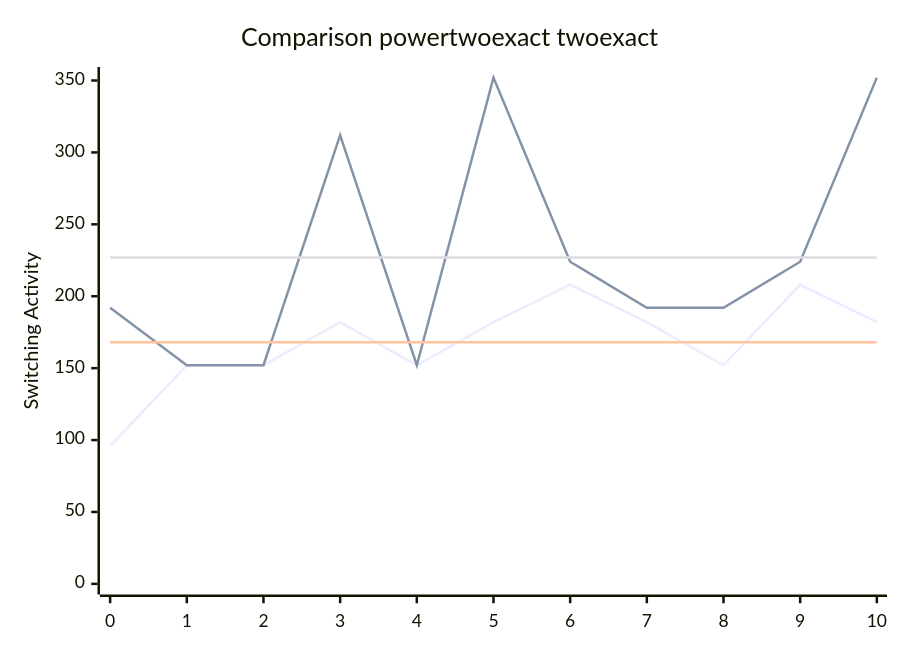
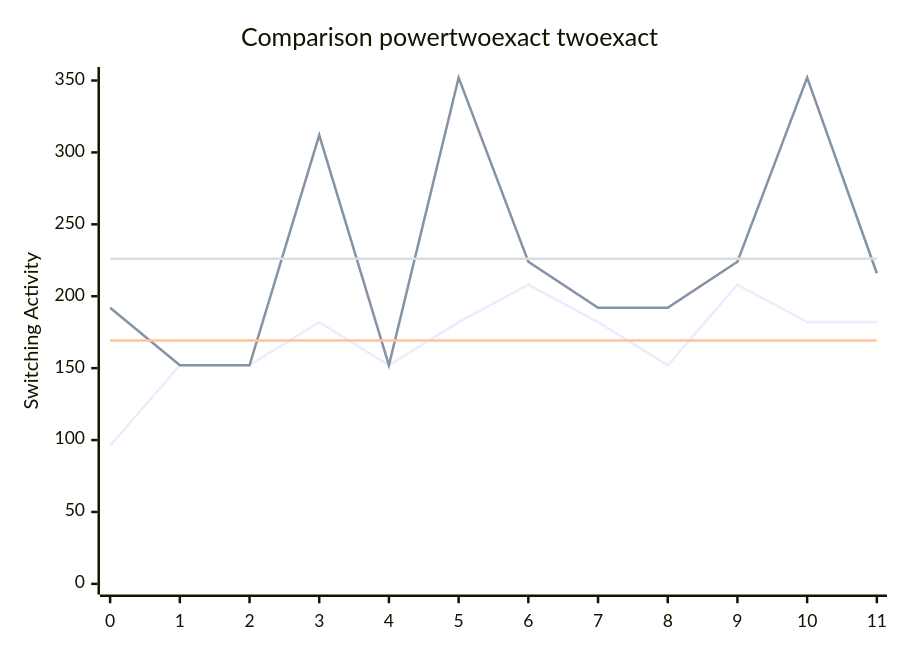
Before and after one commit to FeldmeierMichael/Exact-Power-Synthesis: the diagram in benchmark.md, drawn with Mermaid. The commit also changed other lines of this file and 2 other files, not shown here.

````diff
--- a/benchmark.md
+++ b/benchmark.md
@@ -24,10 +26,10 @@
 ```mermaid
 xychart-beta
     title "Comparison powertwoexact twoexact"
-    x-axis [0, 1, 2, 3, 4, 5, 6, 7, 8, 9, 10]
+    x-axis [0, 1, 2, 3, 4, 5, 6, 7, 8, 9, 10, 11]
     y-axis "Switching Activity" 0-->352
-    line [96, 152, 152, 182, 152, 182, 208, 182, 152, 208, 182]
-    line [192, 152, 152, 312, 152, 352, 224, 192, 192, 224, 352]
-    line [168.0, 168.0, 168.0, 168.0, 168.0, 168.0, 168.0, 168.0, 168.0, 168.0, 168.0]
-    line [226.9090909090909, 226.9090909090909, 226.9090909090909, 226.9090909090909, 226.9090909090909, 226.9090909090909, 226.9090909090909, 226.9090909090909, 226.9090909090909, 226.9090909090909, 226.9090909090909]
+    line [96, 152, 152, 182, 152, 182, 208, 182, 152, 208, 182, 182]
+    line [192, 152, 152, 312, 152, 352, 224, 192, 192, 224, 352, 216]
+    line [169.16666666666666, 169.16666666666666, 169.16666666666666, 169.16666666666666, 169.16666666666666, 169.16666666666666, 169.16666666666666, 169.16666666666666, 169.16666666666666, 169.16666666666666, 169.16666666666666, 169.16666666666666]
+    line [226.0, 226.0, 226.0, 226.0, 226.0, 226.0, 226.0, 226.0, 226.0, 226.0, 226.0, 226.0]
 ```
````
